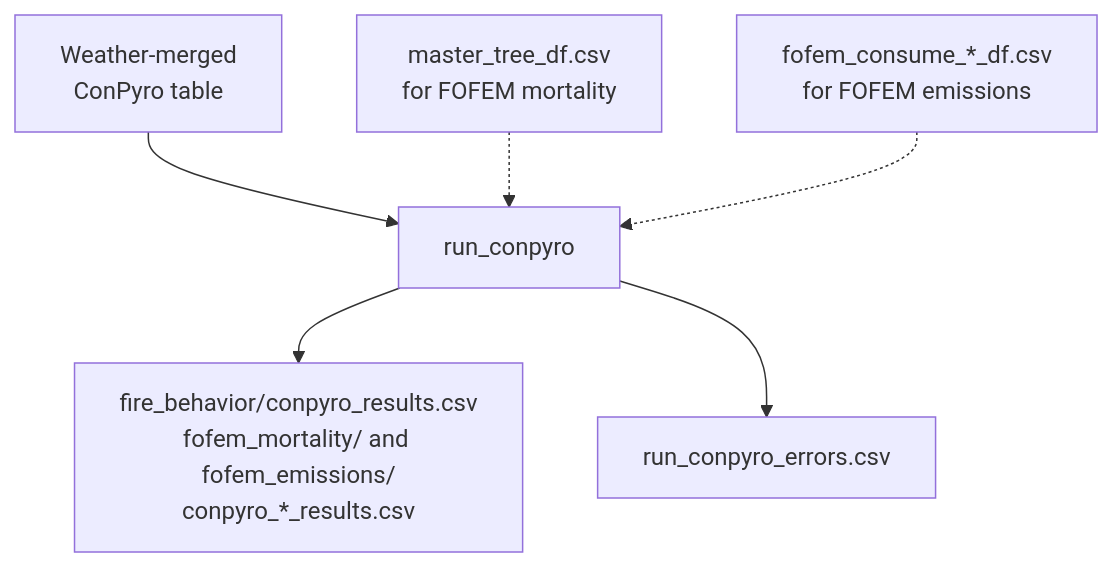
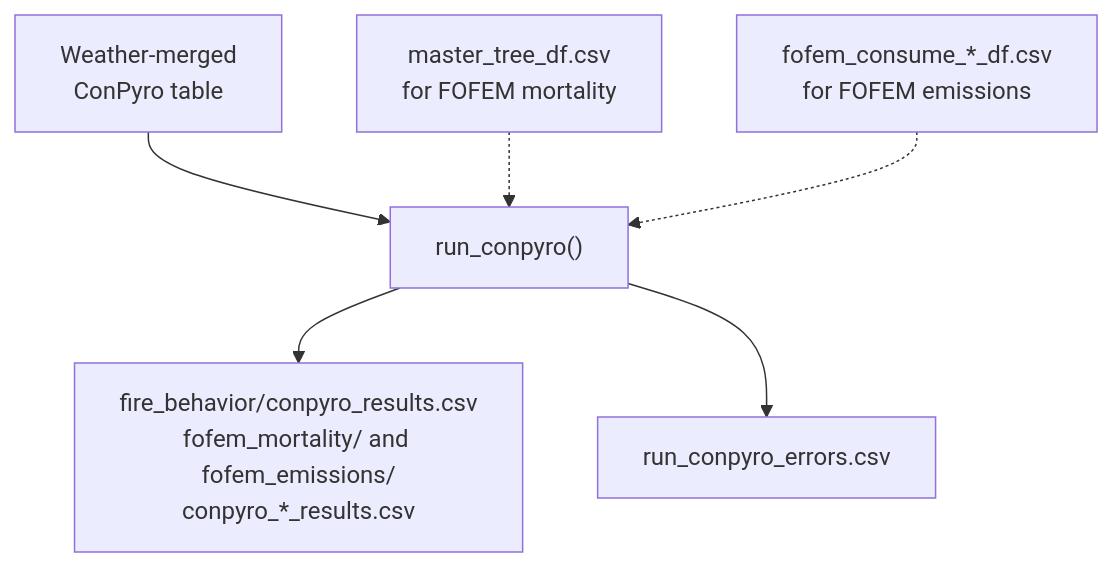
Before and after one commit to gagreene/FuelAnalyst: the fourth of 4 diagrams in docs/CODEBASE.md, drawn with Mermaid. The commit also changed other lines of this file and 1 other file, not shown here.

First line of the commit message:
Mark functions in the data flow diagrams and clarify the README workflow

````diff
--- a/docs/CODEBASE.md
+++ b/docs/CODEBASE.md
@@ -355,8 +355,8 @@
 ```mermaid
 flowchart TD
-    wxMergedIn["Weather-merged<br/>ConPyro table"] --> runCp["run_conpyro"]
+    wxMergedIn["Weather-merged<br/>ConPyro table"] --> runCp["run_conpyro()"]
     treeCsv["master_tree_df.csv<br/>for FOFEM mortality"] -.-> runCp
     consumeCsv["fofem_consume_*_df.csv<br/>for FOFEM emissions"] -.-> runCp
     runCp --> results["fire_behavior/conpyro_results.csv<br/>fofem_mortality/ and fofem_emissions/<br/>conpyro_*_results.csv"]
     runCp --> runErrors["run_conpyro_errors.csv"]
 ```
````
